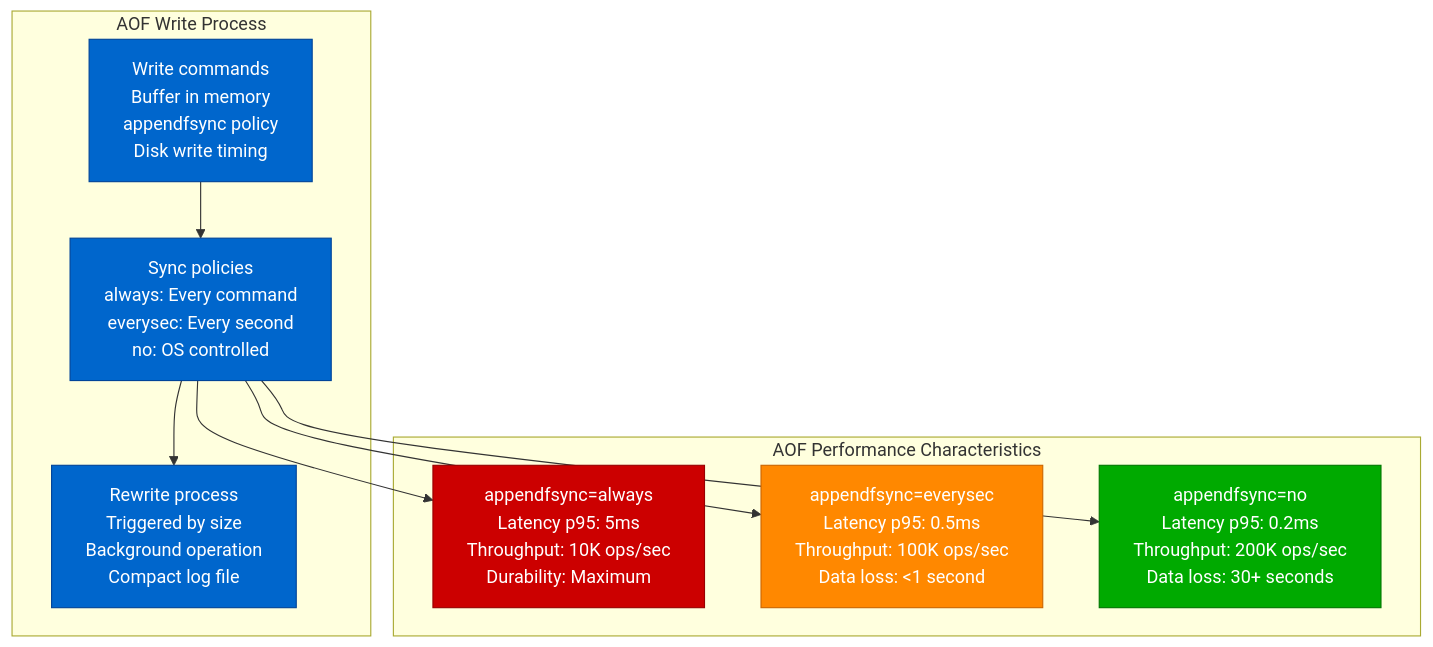
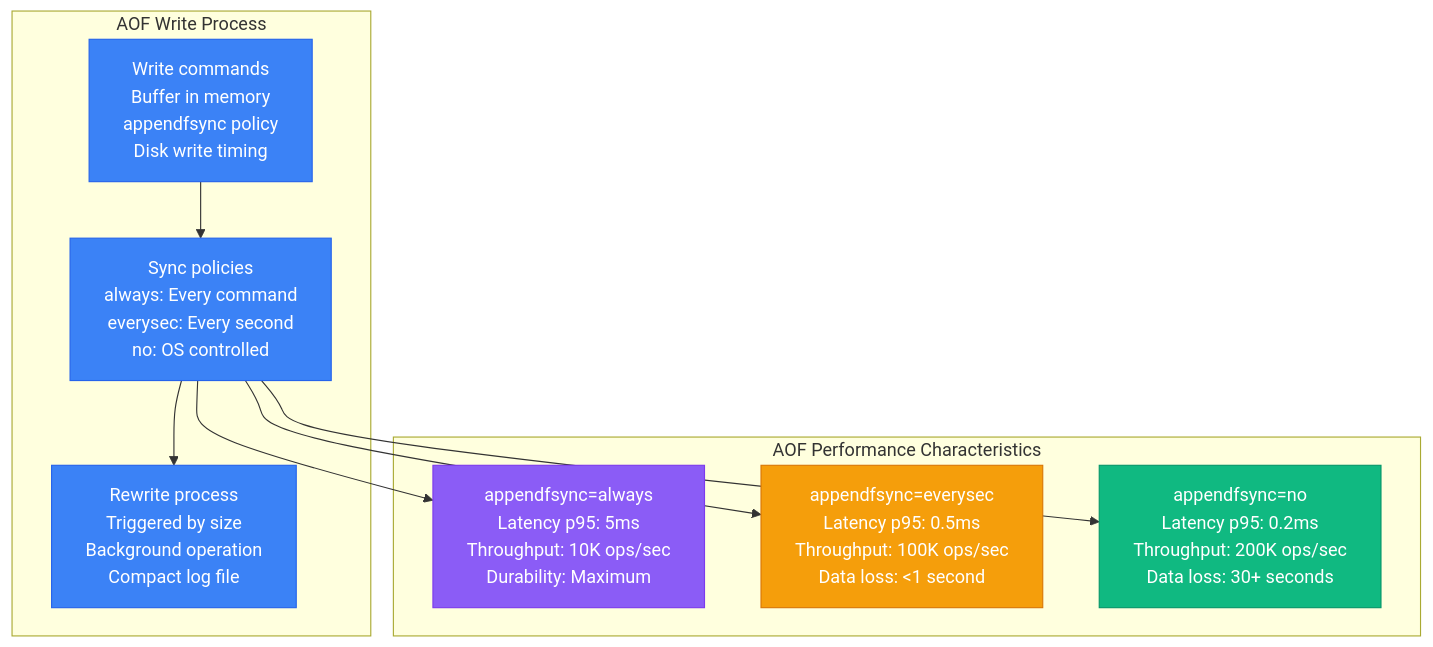
One commit to deepaucksharma/DS changed the fifth of 15 diagrams in site/docs/performance/redis-performance-profile.md. Above: the diagram before and after it, drawn with Mermaid. The commit also changed other lines of this file and 303 other files, not shown here.

````diff
--- a/site/docs/performance/redis-performance-profile.md
+++ b/site/docs/performance/redis-performance-profile.md
@@ -163,34 +163,34 @@
 ```mermaid
 graph TB
     subgraph "AOF Write Process"
         AOF1[Write commands<br/>Buffer in memory<br/>appendfsync policy<br/>Disk write timing]
 
         AOF2[Sync policies<br/>always: Every command<br/>everysec: Every second<br/>no: OS controlled]
 
         AOF3[Rewrite process<br/>Triggered by size<br/>Background operation<br/>Compact log file]
 
         AOF1 --> AOF2 --> AOF3
     end
 
     subgraph "AOF Performance Characteristics"
         AOFP1[appendfsync=always<br/>Latency p95: 5ms<br/>Throughput: 10K ops/sec<br/>Durability: Maximum]
 
         AOFP2[appendfsync=everysec<br/>Latency p95: 0.5ms<br/>Throughput: 100K ops/sec<br/>Data loss: <1 second]
 
         AOFP3[appendfsync=no<br/>Latency p95: 0.2ms<br/>Throughput: 200K ops/sec<br/>Data loss: 30+ seconds]
 
         AOF2 --> AOFP1
         AOF2 --> AOFP2
         AOF2 --> AOFP3
     end
 
-    classDef processStyle fill:#0066CC,stroke:#004499,color:#fff
-    classDef alwaysStyle fill:#CC0000,stroke:#990000,color:#fff
-    classDef everysecStyle fill:#FF8800,stroke:#CC6600,color:#fff
-    classDef noStyle fill:#00AA00,stroke:#007700,color:#fff
+    classDef processStyle fill:#3B82F6,stroke:#2563EB,color:#fff
+    classDef alwaysStyle fill:#8B5CF6,stroke:#7C3AED,color:#fff
+    classDef everysecStyle fill:#F59E0B,stroke:#D97706,color:#fff
+    classDef noStyle fill:#10B981,stroke:#059669,color:#fff
 
     class AOF1,AOF2,AOF3 processStyle
     class AOFP1 alwaysStyle
     class AOFP2 everysecStyle
     class AOFP3 noStyle
 ```
````
